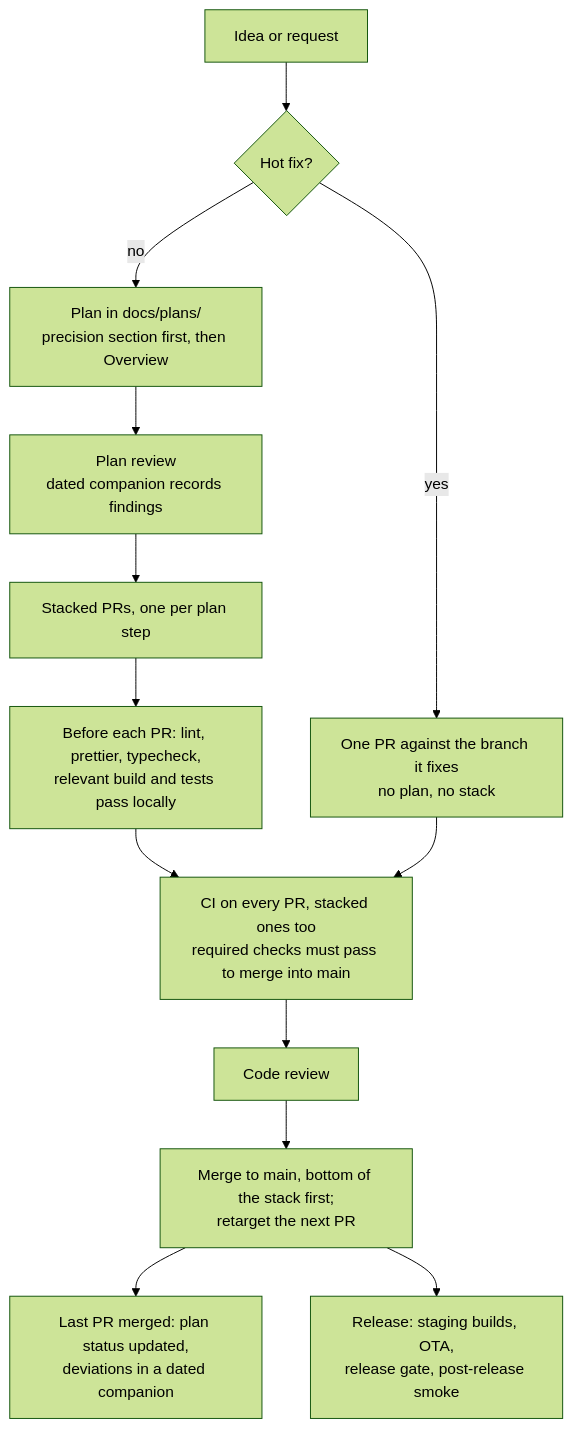
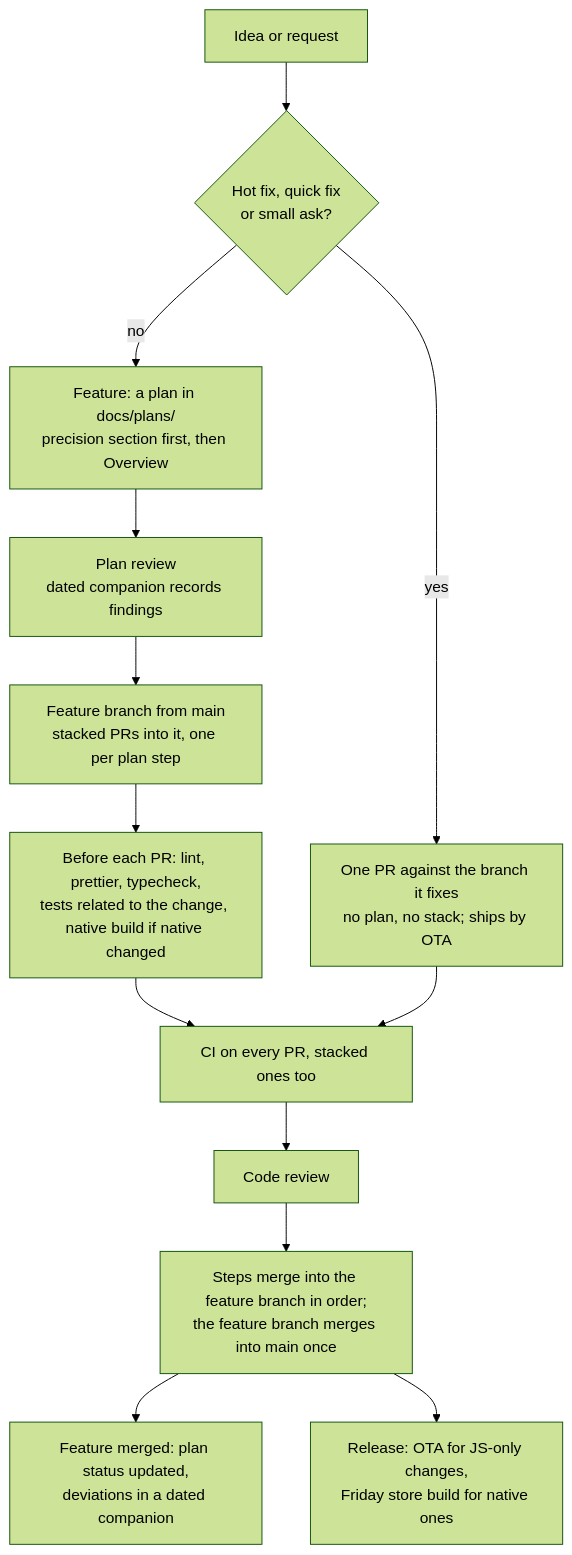
One commit to berkmancenter/keyring-wallet changed the diagram in docs/DEVELOPMENT.md. Above: the diagram before and after it, drawn with Mermaid (forest theme). The commit also changed other lines of this file and 4 other files, not shown here.

First line of the commit message:
docs(process): v1 after the fold, feature branches, quick fixes by OTA, related tests

````diff
--- a/docs/DEVELOPMENT.md
+++ b/docs/DEVELOPMENT.md
@@ -7,15 +16,15 @@
 ```mermaid
 flowchart TD
-    idea[Idea or request] --> hot{Hot fix?}
-    hot -- yes --> hotpr[One PR against the branch it fixes<br/>no plan, no stack]
-    hot -- no --> plan[Plan in docs/plans/<br/>precision section first, then Overview]
+    idea[Idea or request] --> hot{Hot fix, quick fix<br/>or small ask?}
+    hot -- yes --> hotpr[One PR against the branch it fixes<br/>no plan, no stack; ships by OTA]
+    hot -- no --> plan[Feature: a plan in docs/plans/<br/>precision section first, then Overview]
     plan --> review1[Plan review<br/>dated companion records findings]
-    review1 --> stack[Stacked PRs, one per plan step]
-    stack --> local[Before each PR: lint, prettier, typecheck,<br/>relevant build and tests pass locally]
-    local --> ci[CI on every PR, stacked ones too<br/>required checks must pass to merge into main]
+    review1 --> stack[Feature branch from main<br/>stacked PRs into it, one per plan step]
+    stack --> local[Before each PR: lint, prettier, typecheck,<br/>tests related to the change, native build if native changed]
+    local --> ci[CI on every PR, stacked ones too]
     hotpr --> ci
     ci --> review2[Code review]
-    review2 --> merge[Merge to main, bottom of the stack first;<br/>retarget the next PR]
-    merge --> done[Last PR merged: plan status updated,<br/>deviations in a dated companion]
-    merge --> release[Release: staging builds, OTA,<br/>release gate, post-release smoke]
+    review2 --> merge[Steps merge into the feature branch in order;<br/>the feature branch merges into main once]
+    merge --> done[Feature merged: plan status updated,<br/>deviations in a dated companion]
+    merge --> release[Release: OTA for JS-only changes,<br/>Friday store build for native ones]
 ```
````
